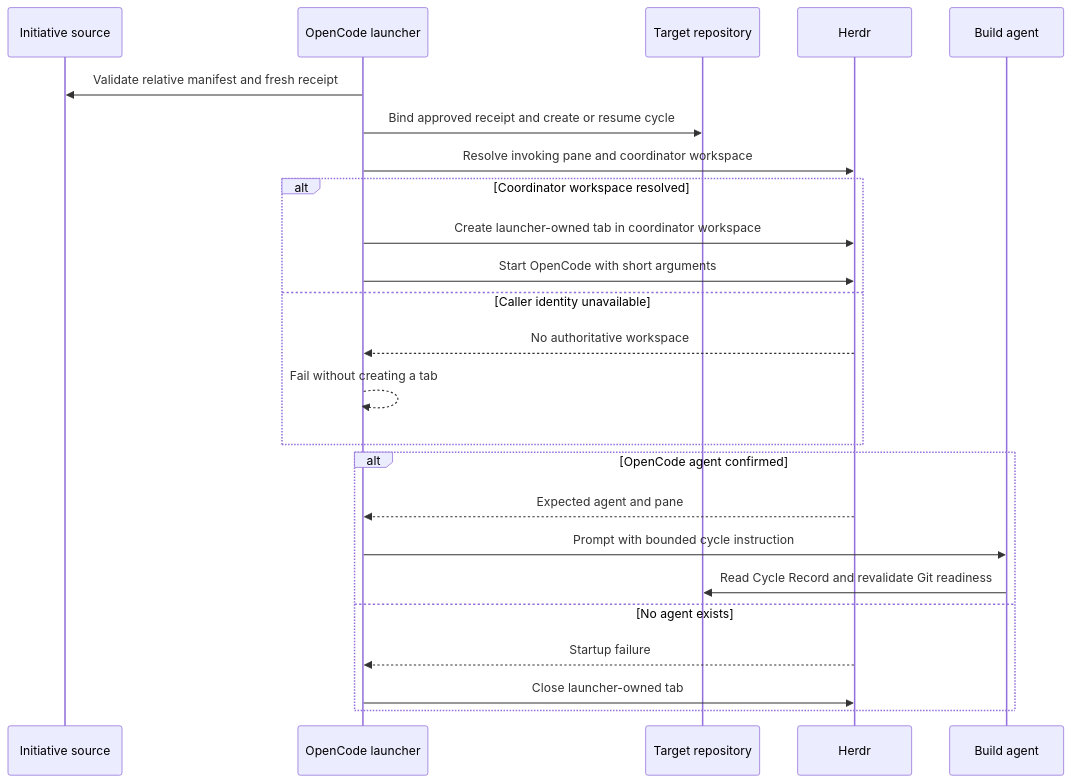
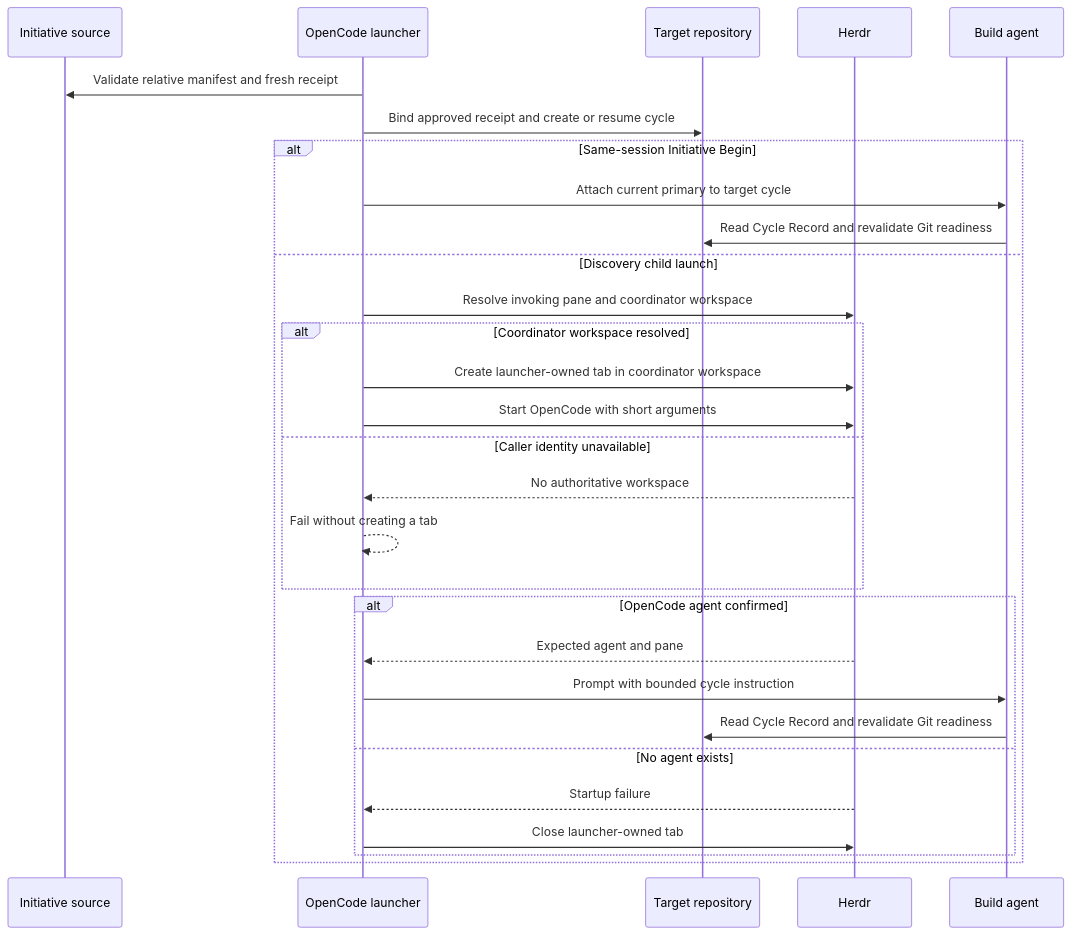
The diagram in docs/specs/opencode_control_plane/features/initiative-launch-atomicity.md (Saltiola7/dotfiles-ai), drawn with Mermaid before and after one commit. The commit also changed other lines of this file and 2 other files, not shown here.

Commit message:
docs(opencode): ready cross-repo Initiative Begin

````diff
--- a/docs/specs/opencode_control_plane/features/initiative-launch-atomicity.md
+++ b/docs/specs/opencode_control_plane/features/initiative-launch-atomicity.md
@@ -165,28 +177,33 @@
 ```mermaid
 sequenceDiagram
     accTitle: Atomic cross-checkout Initiative launch
-    accDescr: The launcher validates a repository-relative manifest in the coordinator checkout, binds it to a cycle in the target repository, resolves the invoking Herdr workspace, starts OpenCode there with a short shell command, and either prompts the confirmed agent or closes an unowned failed tab.
+    accDescr: The adapter validates a repository-relative manifest in the coordinator checkout and binds it to a cycle in the target repository. Same-session Initiative Begin attaches the current primary without Herdr. Discovery child launch resolves the invoking Herdr workspace, starts OpenCode there with a short shell command, and either prompts the confirmed agent or closes an unowned failed tab.
     participant S as Initiative source
     participant L as OpenCode launcher
     participant T as Target repository
     participant H as Herdr
     participant B as Build agent
     L->>S: Validate relative manifest and fresh receipt
     L->>T: Bind approved receipt and create or resume cycle
-    L->>H: Resolve invoking pane and coordinator workspace
-    alt Coordinator workspace resolved
-        L->>H: Create launcher-owned tab in coordinator workspace
-        L->>H: Start OpenCode with short arguments
-    else Caller identity unavailable
-        H-->>L: No authoritative workspace
-        L-->>L: Fail without creating a tab
-    end
-    alt OpenCode agent confirmed
-        H-->>L: Expected agent and pane
-        L->>B: Prompt with bounded cycle instruction
+    alt Same-session Initiative Begin
+        L->>B: Attach current primary to target cycle
         B->>T: Read Cycle Record and revalidate Git readiness
-    else No agent exists
-        H-->>L: Startup failure
-        L->>H: Close launcher-owned tab
+    else Discovery child launch
+        L->>H: Resolve invoking pane and coordinator workspace
+        alt Coordinator workspace resolved
+            L->>H: Create launcher-owned tab in coordinator workspace
+            L->>H: Start OpenCode with short arguments
+        else Caller identity unavailable
+            H-->>L: No authoritative workspace
+            L-->>L: Fail without creating a tab
+        end
+        alt OpenCode agent confirmed
+            H-->>L: Expected agent and pane
+            L->>B: Prompt with bounded cycle instruction
+            B->>T: Read Cycle Record and revalidate Git readiness
+        else No agent exists
+            H-->>L: Startup failure
+            L->>H: Close launcher-owned tab
+        end
     end
 ```
````
